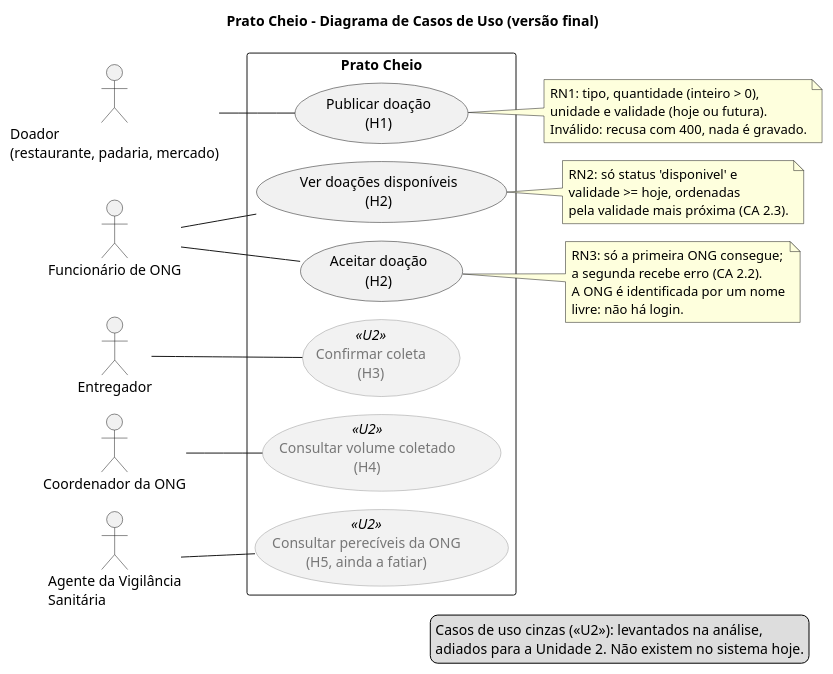
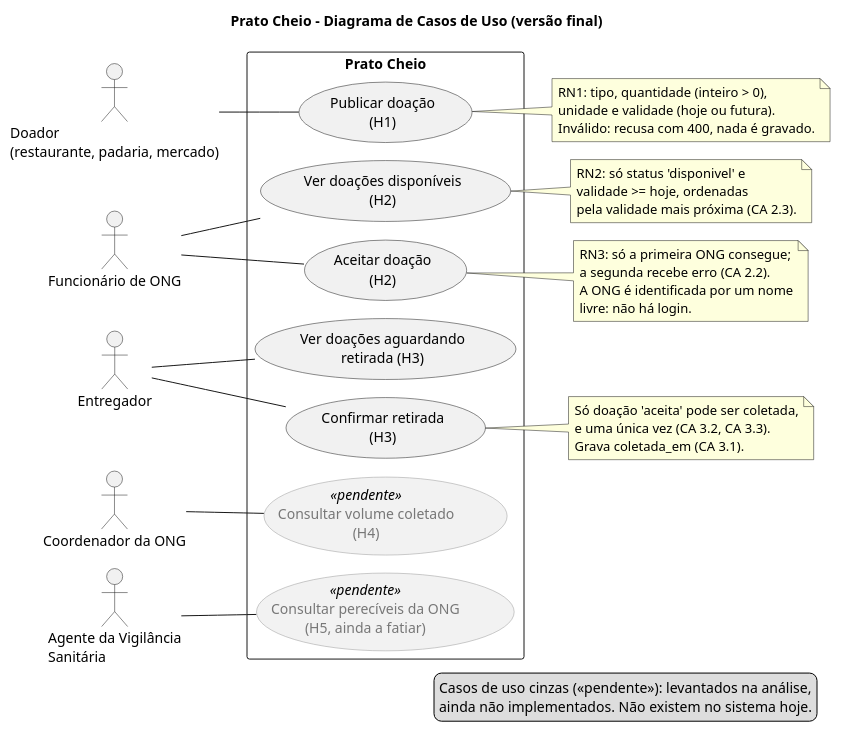
The diagram in docs/diagramas/final/codigo1.puml (catolica-orangotango/projeto-prato-cheio), drawn with PlantUML before and after one commit. The commit also changed 4 other files, not shown here.

First line of the commit message:
docs(diagramas): atualiza diagramas para a história 3 já implementada

```diff
--- a/docs/diagramas/final/codigo1.puml
+++ b/docs/diagramas/final/codigo1.puml
@@ -1,58 +1,66 @@
 @startuml casos-de-uso-final
 !pragma layout smetana
 left to right direction
 title Prato Cheio - Diagrama de Casos de Uso (versão final)
 
 skinparam usecase {
-  BackgroundColor<<U2>> #F2F2F2
-  BorderColor<<U2>> #999999
-  FontColor<<U2>> #777777
+  BackgroundColor<<pendente>> #F2F2F2
+  BorderColor<<pendente>> #999999
+  FontColor<<pendente>> #777777
 }
 
 actor "Doador\n(restaurante, padaria, mercado)" as Doador
 actor "Funcionário de ONG" as ONG
 actor "Entregador" as Entregador
 actor "Coordenador da ONG" as Coord
 actor "Agente da Vigilância\nSanitária" as Vig
 
 rectangle "Prato Cheio" {
   usecase "Publicar doação\n(H1)" as UC1
   usecase "Ver doações disponíveis\n(H2)" as UC2
   usecase "Aceitar doação\n(H2)" as UC3
+  usecase "Ver doações aguardando\nretirada (H3)" as UC4
+  usecase "Confirmar retirada\n(H3)" as UC5
 
-  usecase "Confirmar coleta\n(H3)" as UC4 <<U2>>
-  usecase "Consultar volume coletado\n(H4)" as UC5 <<U2>>
-  usecase "Consultar perecíveis da ONG\n(H5, ainda a fatiar)" as UC6 <<U2>>
+  usecase "Consultar volume coletado\n(H4)" as UC6 <<pendente>>
+  usecase "Consultar perecíveis da ONG\n(H5, ainda a fatiar)" as UC7 <<pendente>>
 }
 
 Doador -- UC1
 ONG -- UC2
 ONG -- UC3
 Entregador -- UC4
-Coord -- UC5
-Vig -- UC6
+Entregador -- UC5
+Coord -- UC6
+Vig -- UC7
 
 note right of UC1
   RN1: tipo, quantidade (inteiro > 0),
   unidade e validade (hoje ou futura).
   Inválido: recusa com 400, nada é gravado.
 end note
 
 note right of UC2
   RN2: só status 'disponivel' e
   validade >= hoje, ordenadas
   pela validade mais próxima (CA 2.3).
 end note
 
 note right of UC3
   RN3: só a primeira ONG consegue;
   a segunda recebe erro (CA 2.2).
   A ONG é identificada por um nome
   livre: não há login.
 end note
 
+note right of UC5
+  Só doação 'aceita' pode ser coletada,
+  e uma única vez (CA 3.2, CA 3.3).
+  Grava coletada_em (CA 3.1).
+end note
+
 legend right
-  Casos de uso cinzas (<<U2>>): levantados na análise,
-  adiados para a Unidade 2. Não existem no sistema hoje.
+  Casos de uso cinzas (<<pendente>>): levantados na análise,
+  ainda não implementados. Não existem no sistema hoje.
 endlegend
 @enduml
```
